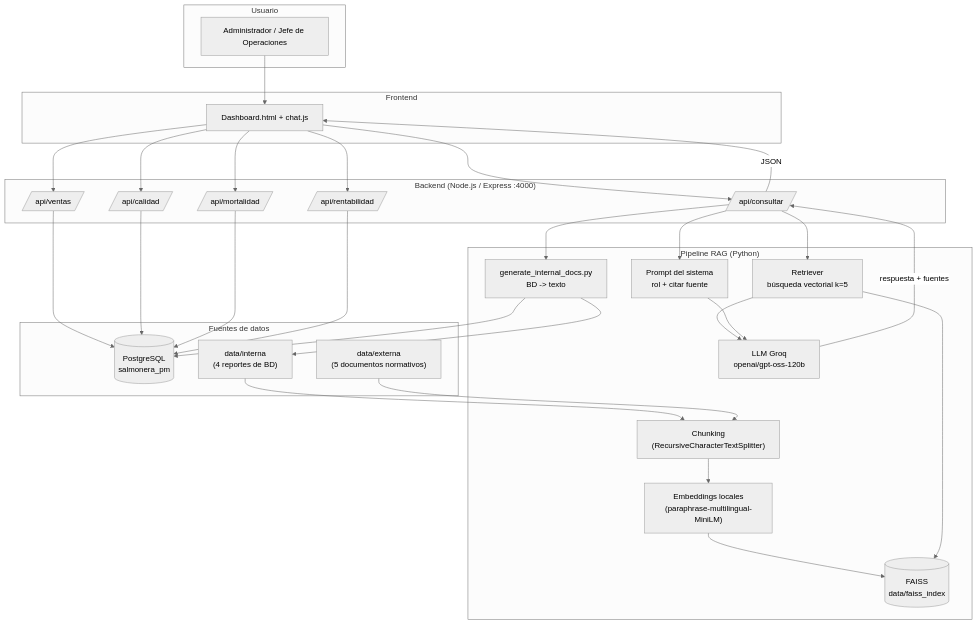
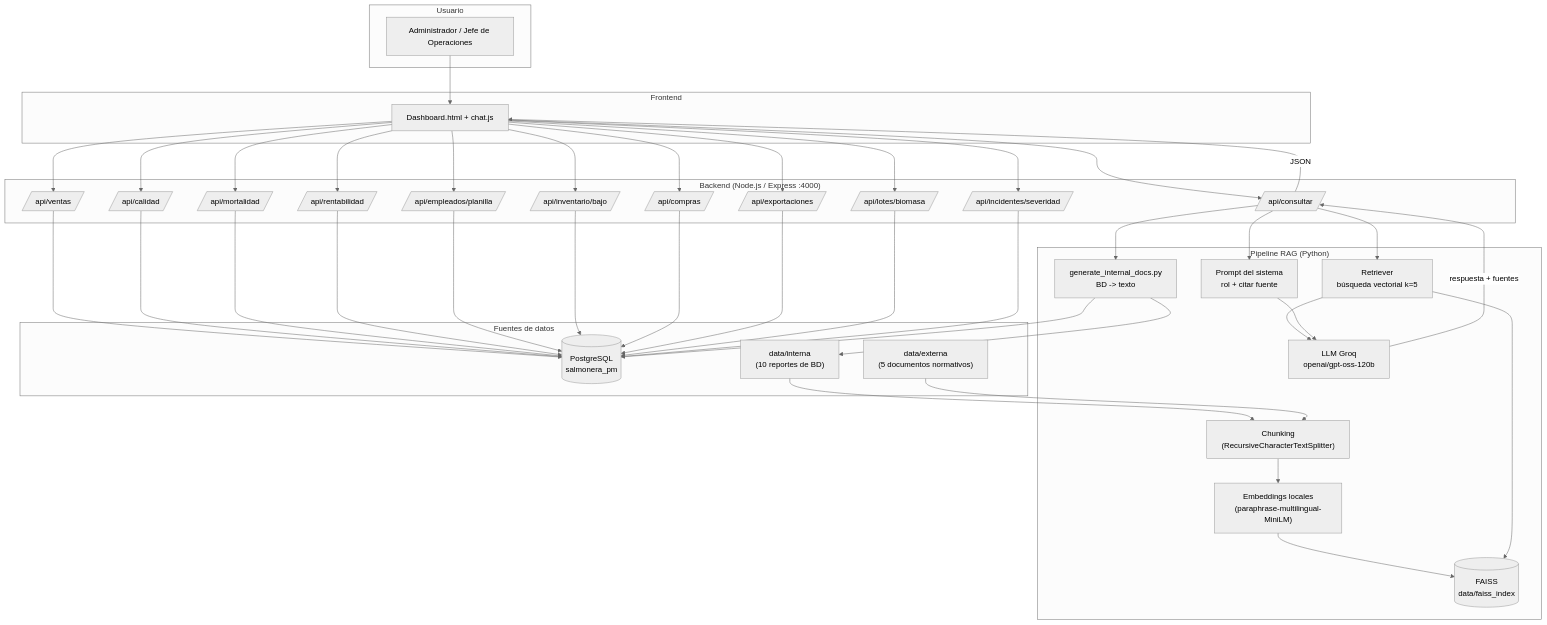
Before and after one commit to yenyag/Salmonera_PM: the diagram in docs/arquitectura.md, drawn with Mermaid (neutral theme). The commit also changed other lines of this file and 17 other files, not shown here.

First line of the commit message:
feat: módulos RRHH, inventario, compras, exportaciones, lotes e incidentes con gráficos + tablas en dashboard

```diff
--- a/docs/arquitectura.md
+++ b/docs/arquitectura.md
@@ -18,11 +18,17 @@
         CALIDAD[/api/calidad/]
         MORT[/api/mortalidad/]
         RENTA[/api/rentabilidad/]
+        RRHH[/api/empleados/planilla/]
+        INVENT[/api/inventario/bajo/]
+        COMPRAS[/api/compras/]
+        EXPOR[/api/exportaciones/]
+        LOTES[/api/lotes/biomasa/]
+        INCID[/api/incidentes/severidad/]
     end
 
     subgraph Fuentes["Fuentes de datos"]
         PG[(PostgreSQL<br/>salmonera_pm)]
-        DOCS["data/interna<br/>(4 reportes de BD)"]
+        DOCS["data/interna<br/>(10 reportes de BD)"]
         EXT["data/externa<br/>(5 documentos normativos)"]
     end
 
@@ -42,11 +48,23 @@
     DB --> CALIDAD
     DB --> MORT
     DB --> RENTA
+    DB --> RRHH
+    DB --> INVENT
+    DB --> COMPRAS
+    DB --> EXPOR
+    DB --> LOTES
+    DB --> INCID
 
     VENTAS --> PG
     CALIDAD --> PG
     MORT --> PG
     RENTA --> PG
+    RRHH --> PG
+    INVENT --> PG
+    COMPRAS --> PG
+    EXPOR --> PG
+    LOTES --> PG
+    INCID --> PG
 
     API --> GEN
     GEN --> PG
```
